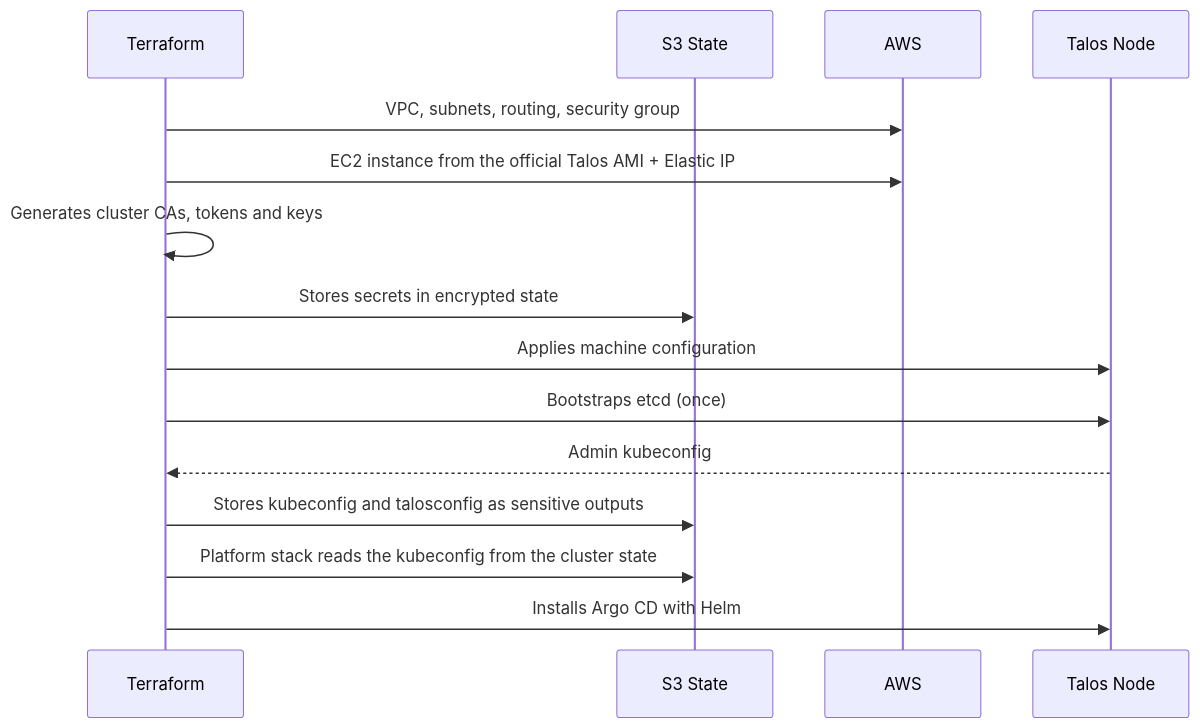
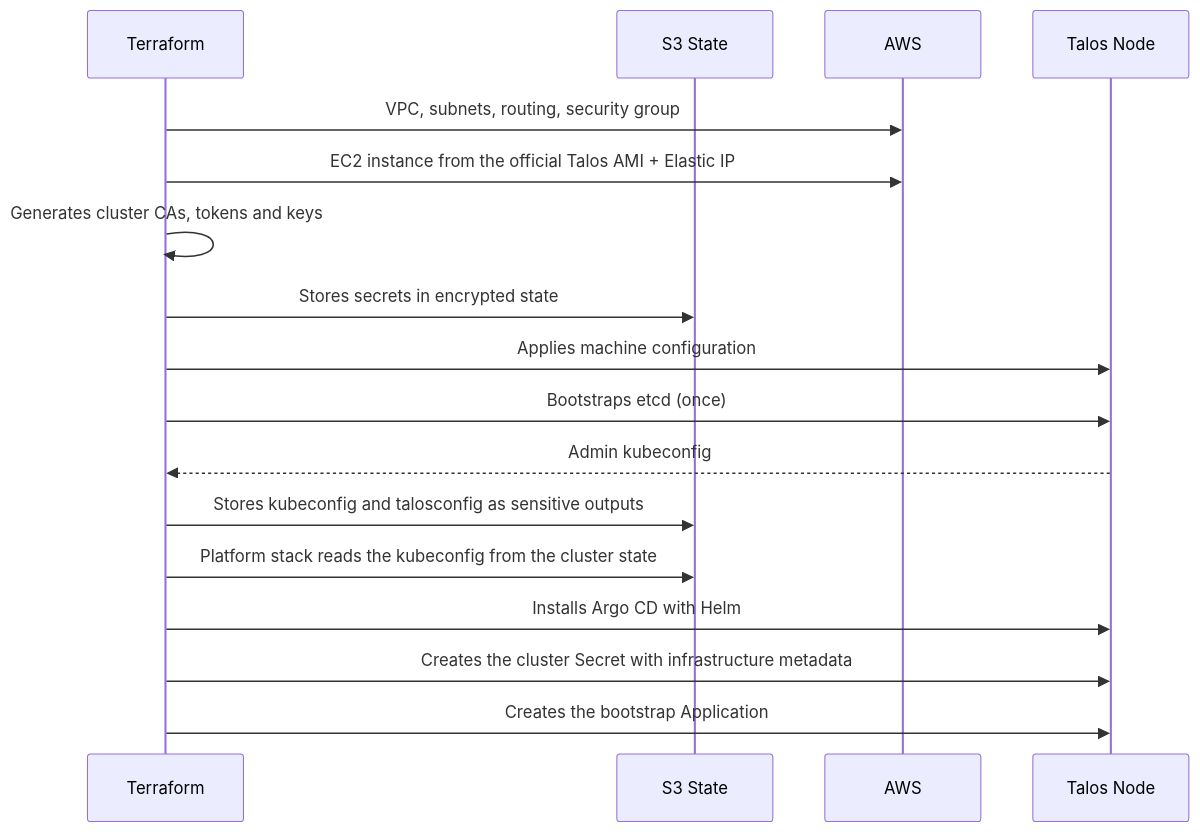
One commit to infrasam/aws-platform-iac changed the second of 4 diagrams in README.md. Above: the diagram before and after it, drawn with Mermaid. The commit also changed other lines of this file, not shown here.

````diff
--- a/README.md
+++ b/README.md
@@ -63,18 +65,20 @@
 ```mermaid
 sequenceDiagram
     participant TF as Terraform
     participant S3 as S3 State
     participant AWS as AWS
     participant N as Talos Node
 
     TF->>AWS: VPC, subnets, routing, security group
     TF->>AWS: EC2 instance from the official Talos AMI + Elastic IP
     TF->>TF: Generates cluster CAs, tokens and keys
     TF->>S3: Stores secrets in encrypted state
     TF->>N: Applies machine configuration
     TF->>N: Bootstraps etcd (once)
     N-->>TF: Admin kubeconfig
     TF->>S3: Stores kubeconfig and talosconfig as sensitive outputs
     TF->>S3: Platform stack reads the kubeconfig from the cluster state
     TF->>N: Installs Argo CD with Helm
+    TF->>N: Creates the cluster Secret with infrastructure metadata
+    TF->>N: Creates the bootstrap Application
 ```
````
